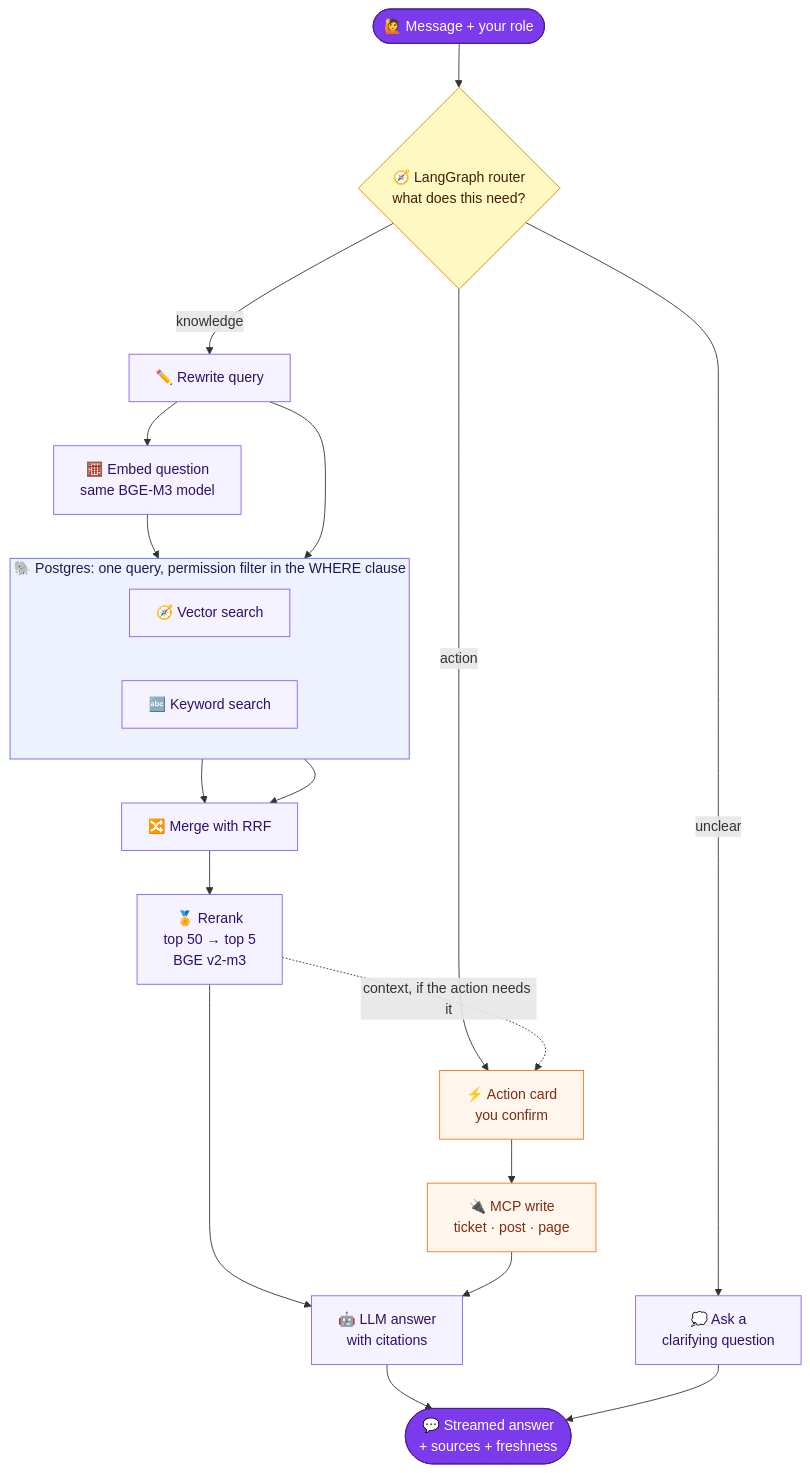
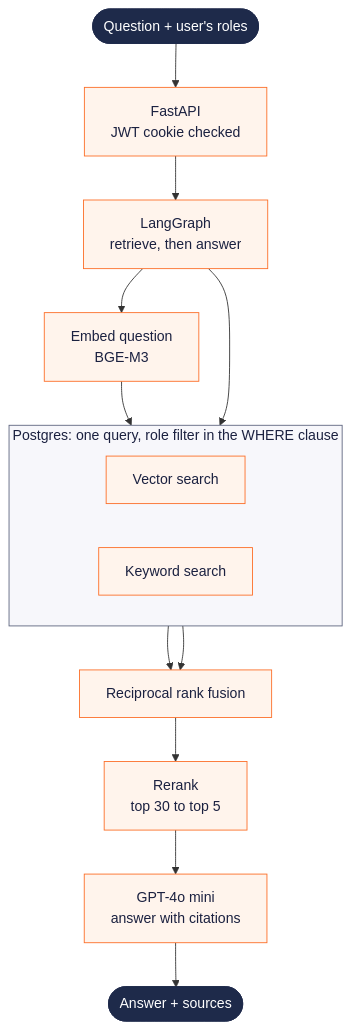
The second of 3 diagrams in README.md (shreyamhetre/BrainBase), drawn with Mermaid before and after one commit. The commit also changed other lines of this file and 1 other file, not shown here.

````diff
--- a/README.md
+++ b/README.md
@@ -88,38 +85,26 @@
 ```mermaid
 flowchart TD
-    Q(["🙋 Message + your role"]) --> RT{"🧭 LangGraph router<br/>what does this need?"}
+    U([Question + user's roles]) --> API[FastAPI<br/>JWT cookie checked]
+    API --> G[LangGraph<br/>retrieve, then answer]
+    G --> EQ[Embed question<br/>BGE-M3]
 
-    RT -- "knowledge" --> RW["✏️ Rewrite query"]
-    RW --> EQ["🧮 Embed question<br/>same BGE-M3 model"]
-
-    subgraph PG["🐘 Postgres: one query, permission filter in the WHERE clause"]
+    subgraph PG[Postgres: one query, role filter in the WHERE clause]
         direction LR
-        V["🧭 Vector search"]
-        K["🔤 Keyword search"]
+        V[Vector search]
+        K[Keyword search]
     end
 
     EQ --> V
-    RW --> K
-    V --> RRF["🔀 Merge with RRF"]
-    K --> RRF
-    RRF --> RR["🏅 Rerank<br/>top 50 → top 5<br/>BGE v2-m3"]
-    RT -- "action" --> ACT["⚡ Action card<br/>you confirm"]
-    RR -. "context, if the action needs it" .-> ACT
-    ACT --> MCPW["🔌 MCP write<br/>ticket · post · page"]
-    RT -- "unclear" --> CL["💭 Ask a<br/>clarifying question"]
+    G --> K
+    V --> F[Reciprocal rank fusion]
+    K --> F
+    F --> RR[Rerank<br/>top 30 to top 5]
+    RR --> L[GPT-4o mini<br/>answer with citations]
+    L --> A([Answer + sources])
 
-    RR --> LLM["🤖 LLM answer<br/>with citations"]
-    MCPW --> LLM
-    LLM --> A(["💬 Streamed answer<br/>+ sources + freshness"])
-    CL --> A
-
-    classDef io fill:#7c3aed,stroke:#4c1d95,color:#ffffff
-    classDef step fill:#f5f3ff,stroke:#8b5cf6,color:#2e1065
-    classDef route fill:#fef9c3,stroke:#ca8a04,color:#422006
-    classDef act fill:#fff7ed,stroke:#f97316,color:#7c2d12
-    class Q,A io
-    class RT route
-    class RW,EQ,V,K,RRF,RR,LLM,CL step
-    class ACT,MCPW act
-    style PG fill:#eef2ff,stroke:#6366f1,color:#1e1b4b
+    classDef io fill:#1e2a4a,stroke:#1e2a4a,color:#ffffff
+    classDef step fill:#fff4ec,stroke:#fc6d26,color:#1b2140
+    class U,A io
+    class API,G,EQ,V,K,F,RR,L step
+    style PG fill:#f7f7fb,stroke:#5d647e,color:#1b2140
 ```
````
